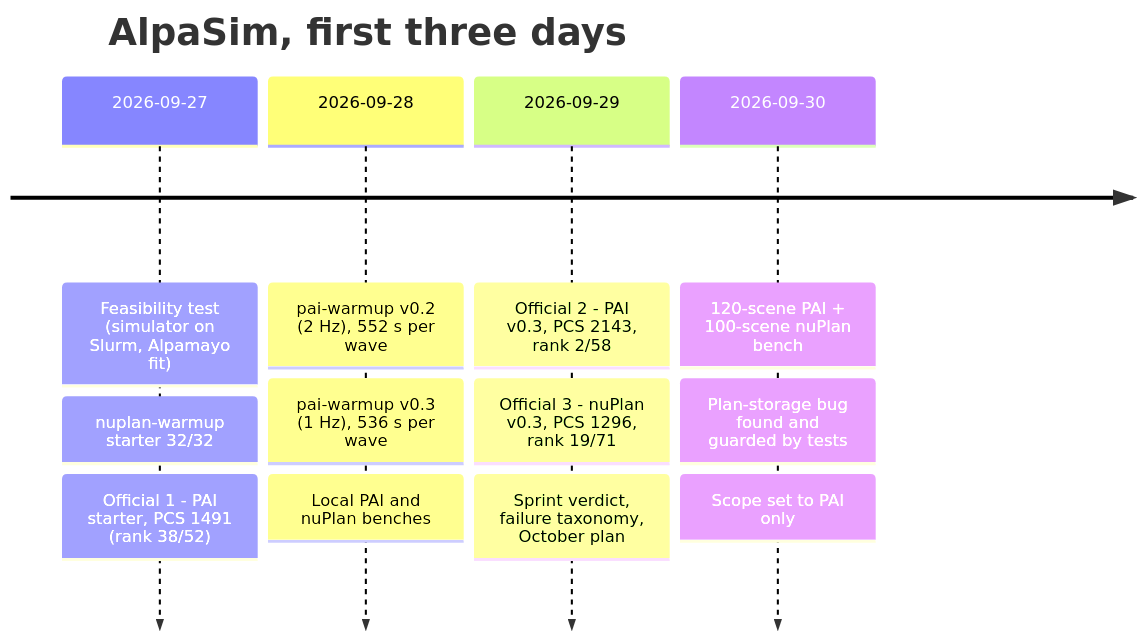
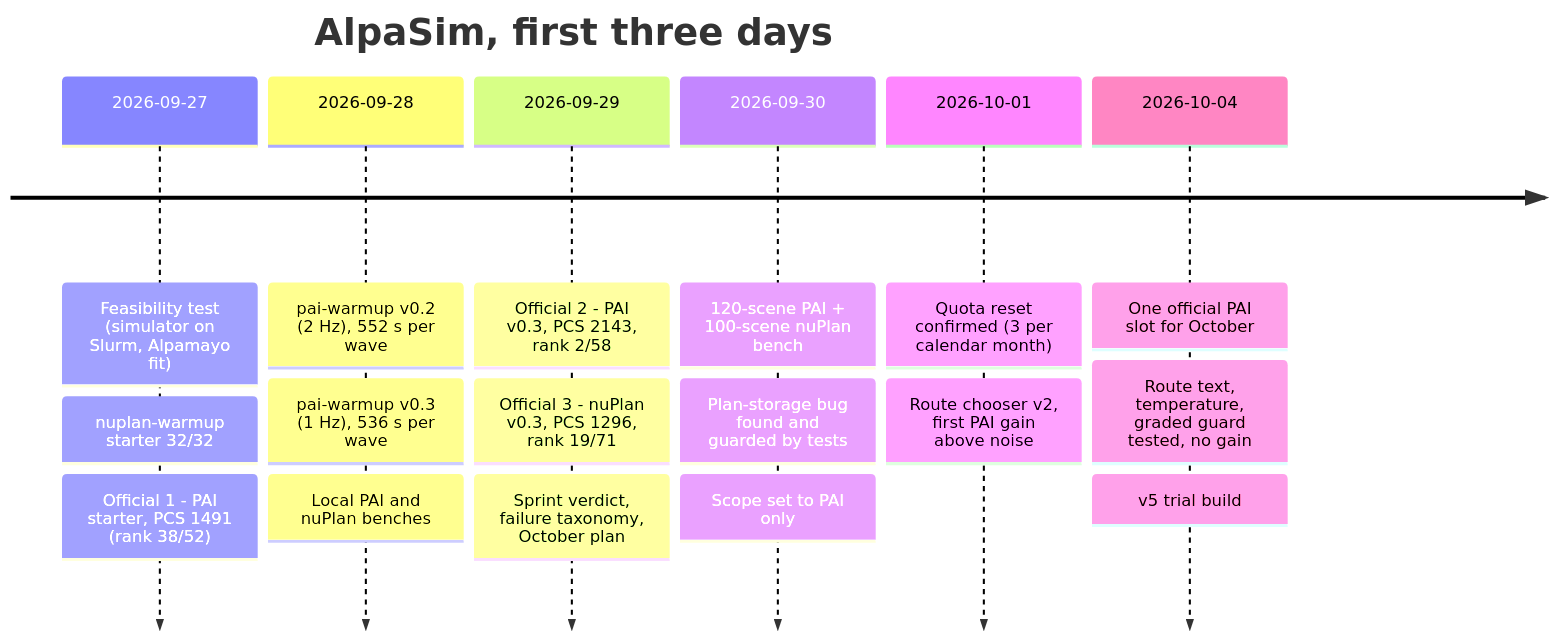
The seventh of 7 diagrams in README.md (amanupg/alpasim-challenge-2026), drawn with Mermaid before and after one commit. The commit also changed other lines of this file, not shown here.

Commit message:
README: October PAI experiments table, v5 status, one-slot plan, timeline

````diff
--- a/README.md
+++ b/README.md
@@ -221,8 +234,10 @@
 ```mermaid
 timeline
   title AlpaSim, first three days
   2026-09-27 : Feasibility test (simulator on Slurm, Alpamayo fit) : nuplan-warmup starter 32/32 : Official 1 - PAI starter, PCS 1491 (rank 38/52)
   2026-09-28 : pai-warmup v0.2 (2 Hz), 552 s per wave : pai-warmup v0.3 (1 Hz), 536 s per wave : Local PAI and nuPlan benches
   2026-09-29 : Official 2 - PAI v0.3, PCS 2143, rank 2/58 : Official 3 - nuPlan v0.3, PCS 1296, rank 19/71 : Sprint verdict, failure taxonomy, October plan
   2026-09-30 : 120-scene PAI + 100-scene nuPlan bench : Plan-storage bug found and guarded by tests : Scope set to PAI only
+  2026-10-01 : Quota reset confirmed (3 per calendar month) : Route chooser v2, first PAI gain above noise
+  2026-10-04 : One official PAI slot for October : Route text, temperature, graded guard tested, no gain : v5 trial build
 ```
````
